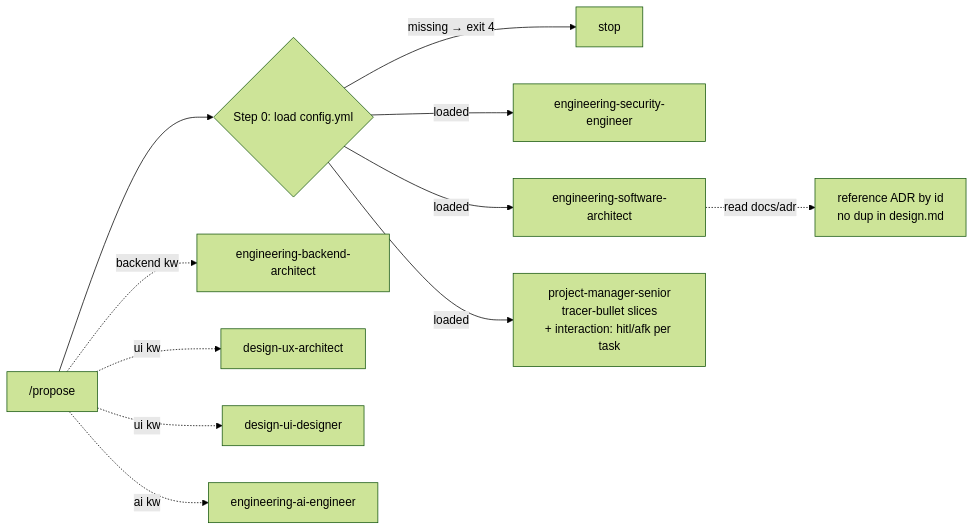
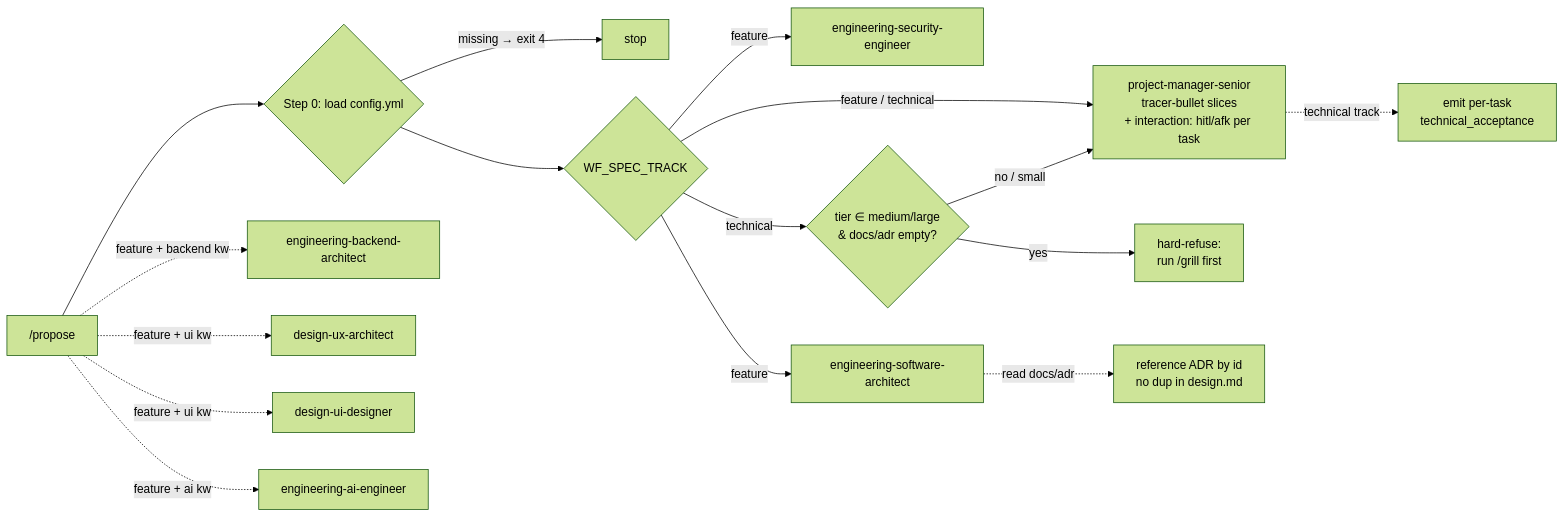
The eighth of 16 diagrams in docs/workflow-diagram.md (AlarQ/SDD-hub), drawn with Mermaid (forest theme) before and after one commit. The commit also changed other lines of this file and 13 other files, not shown here.

Commit message:
feat: technical track for non-feature work (#59)

````diff
--- a/docs/workflow-diagram.md
+++ b/docs/workflow-diagram.md
@@ -321,13 +323,18 @@
 ```mermaid
 graph LR
     PR["/propose"] --> CFG0{Step 0: load config.yml}
     CFG0 -->|missing → exit 4| STOP_PR[stop]
-    CFG0 -->|loaded| SE[engineering-security-engineer]
-    CFG0 -->|loaded| SA[engineering-software-architect]
-    CFG0 -->|loaded| SPM[project-manager-senior<br/>tracer-bullet slices<br/>+ interaction: hitl/afk per task]
+    CFG0 --> TRK{WF_SPEC_TRACK}
+    TRK -->|feature| SE[engineering-security-engineer]
+    TRK -->|feature| SA[engineering-software-architect]
+    TRK -->|feature / technical| SPM[project-manager-senior<br/>tracer-bullet slices<br/>+ interaction: hitl/afk per task]
+    TRK -->|technical| TGATE{tier ∈ medium/large<br/>& docs/adr empty?}
+    TGATE -->|yes| STOP_GR[hard-refuse:<br/>run /grill first]
+    TGATE -->|no / small| SPM
+    SPM -.->|technical track| TA[emit per-task<br/>technical_acceptance]
     SA -.->|read docs/adr| ADRREF[reference ADR by id<br/>no dup in design.md]
-    PR -.->|backend kw| BA[engineering-backend-architect]
-    PR -.->|ui kw| UXA[design-ux-architect]
-    PR -.->|ui kw| UID[design-ui-designer]
-    PR -.->|ai kw| AIE[engineering-ai-engineer]
+    PR -.->|feature + backend kw| BA[engineering-backend-architect]
+    PR -.->|feature + ui kw| UXA[design-ux-architect]
+    PR -.->|feature + ui kw| UID[design-ui-designer]
+    PR -.->|feature + ai kw| AIE[engineering-ai-engineer]
 ```
````
